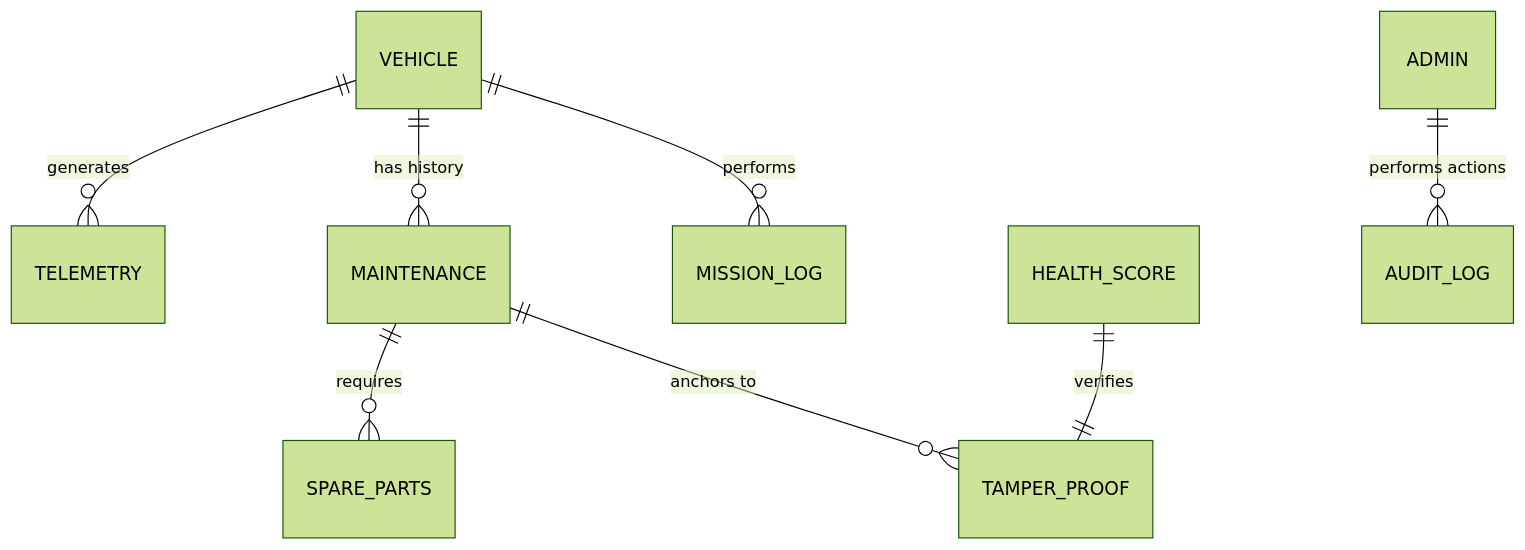
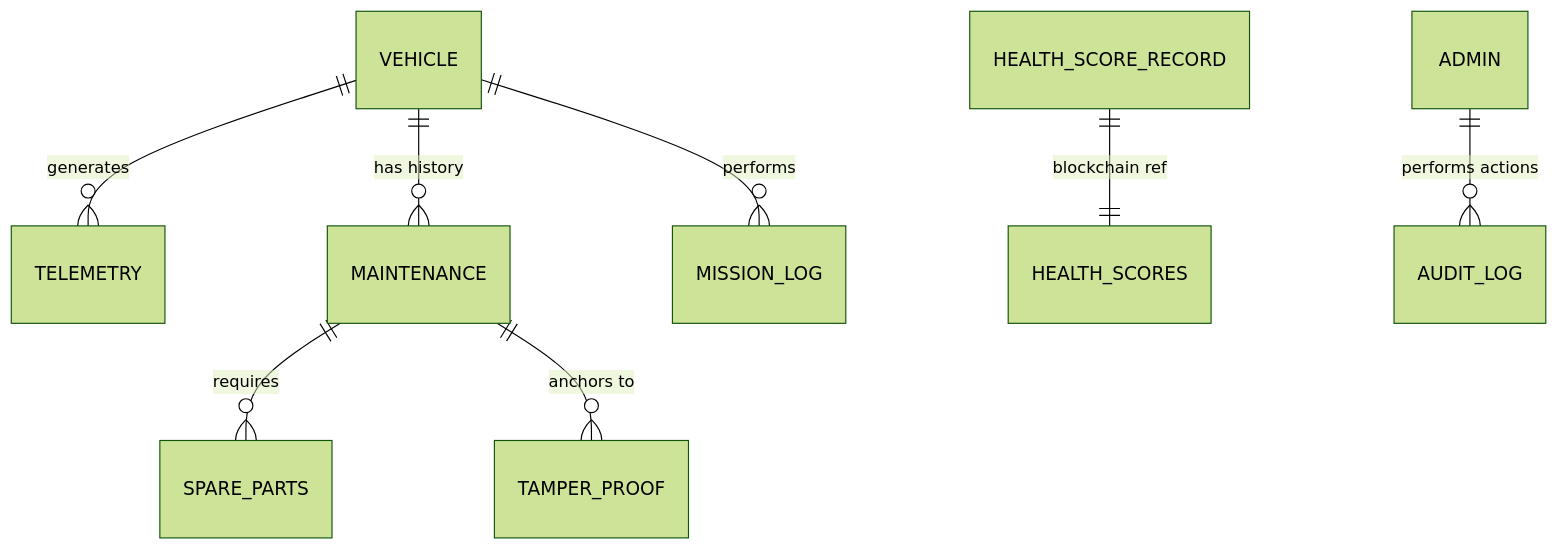
Before and after one commit to ShreeyaTapaswi/Military-Logistics-Optimization-and-Prediction-System-using-ML-and-Blockchain: the diagram in README.md, drawn with Mermaid (forest theme). The commit also changed other lines of this file and 2 other files, not shown here.

Commit message:
Generated detailed attribute-level ER diagram and updated documentation

````diff
--- a/README.md
+++ b/README.md
@@ -40,10 +40,10 @@
 ```mermaid
 erDiagram
     VEHICLE ||--o{ TELEMETRY : "generates"
     VEHICLE ||--o{ MAINTENANCE : "has history"
     VEHICLE ||--o{ MISSION_LOG : "performs"
     MAINTENANCE ||--o{ SPARE_PARTS : "requires"
     MAINTENANCE ||--o{ TAMPER_PROOF : "anchors to"
-    HEALTH_SCORE ||--|| TAMPER_PROOF : "verifies"
+    HEALTH_SCORE_RECORD ||--|| HEALTH_SCORES : "blockchain ref"
     ADMIN ||--o{ AUDIT_LOG : "performs actions"
 ```
````
